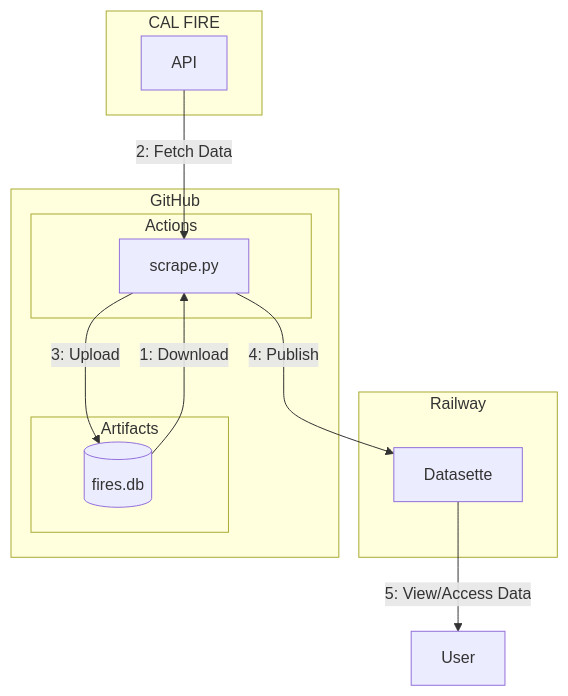
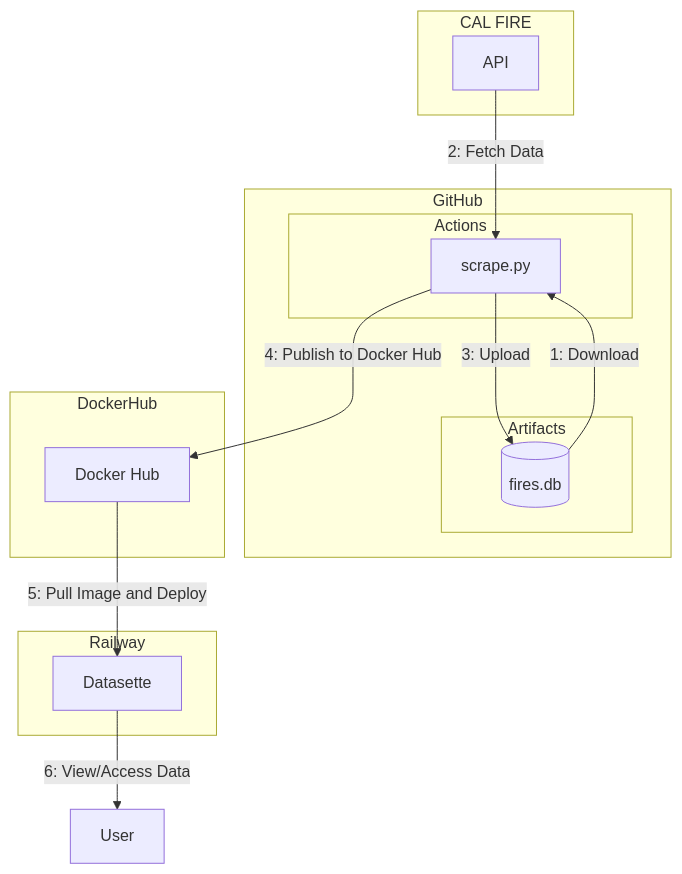
The diagram in README.md (ngshiheng/cafireshistorydb), drawn with Mermaid before and after one commit.

Commit message:
docs: update diagram

````diff
--- a/README.md
+++ b/README.md
@@ -11,27 +11,27 @@
 ```mermaid
 graph TB
-	subgraph Railway
+    subgraph Railway
         deployment[Datasette]
-        class deployment Railway;
     end
-
     subgraph GitHub
         subgraph Actions
             scraper[scrape.py]
         end
         subgraph Artifacts
             db[(fires.db)]
             class db artifacts;
         end
     end
-
     subgraph CAL FIRE
         api[API]
     end
-
+    subgraph DockerHub
+        dockerhub[Docker Hub]
+    end
     db --> |1: Download| scraper
     api --> |2: Fetch Data| scraper
     scraper --> |3: Upload| db
-    scraper --> |4: Publish| deployment
-    deployment --> |5: View/Access Data| client[User]
+    scraper --> |4: Publish to Docker Hub| dockerhub
+    dockerhub --> |5: Pull Image and Deploy| deployment
+    deployment --> |6: View/Access Data| client[User]
 ```
````
